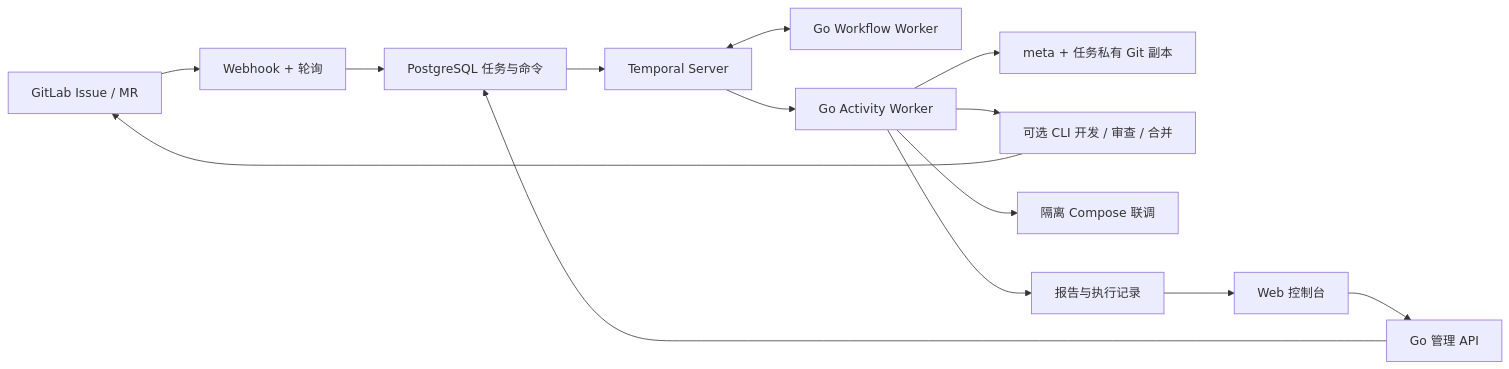
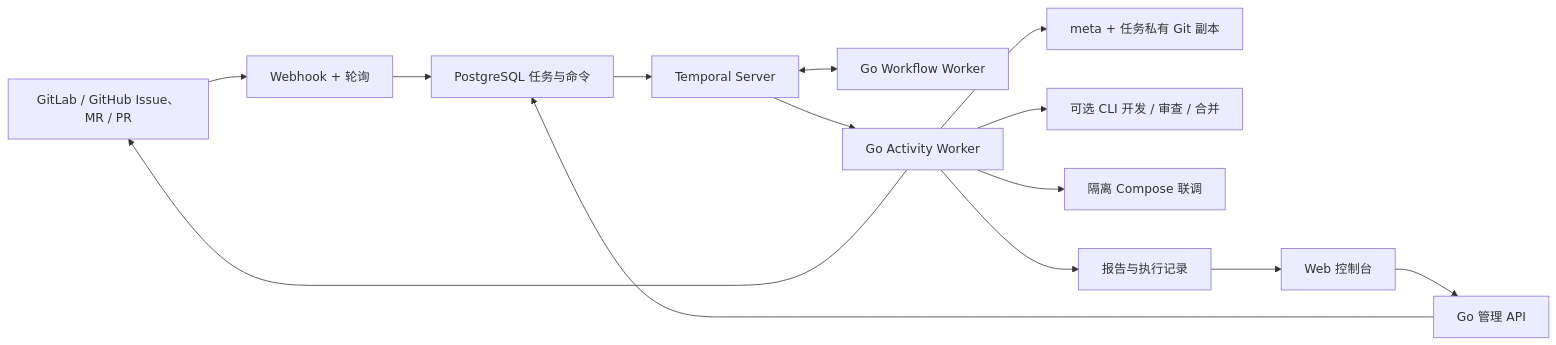
Before and after one commit to yyydddkkk/SwarmJet: the diagram in README.md, drawn with Mermaid. The commit also changed other lines of this file and 65 other files, not shown here.

Commit message:
Add GitHub hosting support

````diff
--- a/README.md
+++ b/README.md
@@ -7,16 +7,16 @@
 ```mermaid
 flowchart LR
-  GitLab[GitLab Issue / MR] --> Ingress[Webhook + 轮询]
+  Host[GitLab / GitHub Issue、MR / PR] --> Ingress[Webhook + 轮询]
   Console[Web 控制台] --> API[Go 管理 API]
   Ingress --> Outbox[PostgreSQL 任务与命令]
   API --> Outbox
   Outbox --> Temporal[Temporal Server]
   Temporal <--> Workflow[Go Workflow Worker]
   Temporal --> Activity[Go Activity Worker]
   Activity --> Workspace[meta + 任务私有 Git 副本]
   Activity --> Agents[可选 CLI 开发 / 审查 / 合并]
   Activity --> Tests[隔离 Compose 联调]
-  Agents --> GitLab
+  Activity --> Host
   Activity --> Reports[报告与执行记录]
   Reports --> Console
 ```
````
